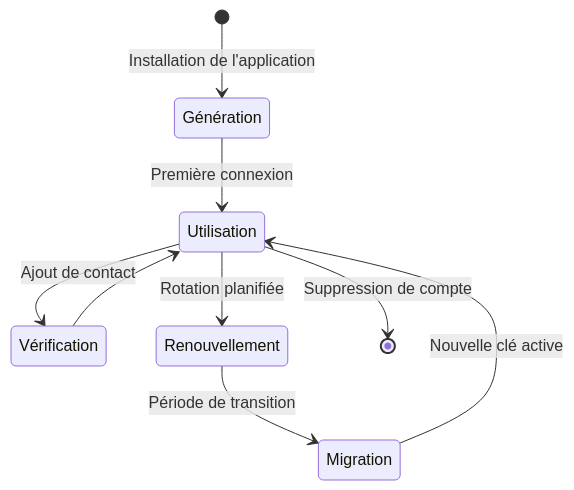
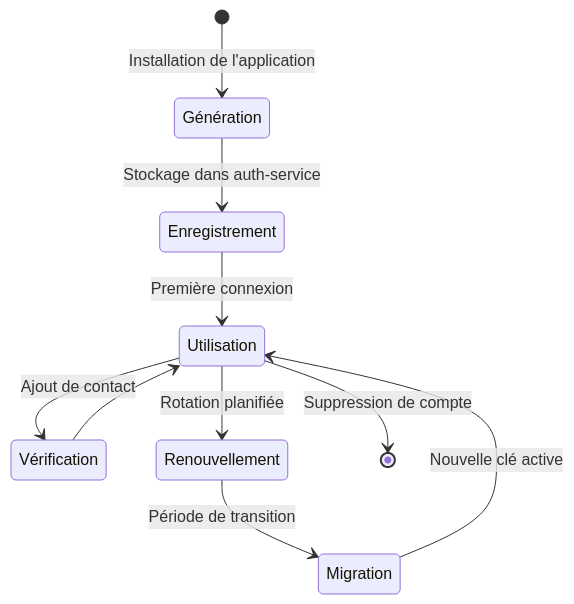
Before and after one commit to whispr-messenger/auth-service: the fifth of 13 diagrams in documentation/2_fonctional_specs/4_encryption_end_to_end.md, drawn with Mermaid. The commit also changed other lines of this file and 4 other files, not shown here.

Commit message:
📝 Update devices data managed by auth service

````diff
--- a/documentation/2_fonctional_specs/4_encryption_end_to_end.md
+++ b/documentation/2_fonctional_specs/4_encryption_end_to_end.md
@@ -265,11 +277,12 @@
 ```mermaid
 stateDiagram-v2
     [*] --> Génération: Installation de l'application
-    Génération --> Utilisation: Première connexion
+    Génération --> Enregistrement: Stockage dans auth-service
+    Enregistrement --> Utilisation: Première connexion
     Utilisation --> Vérification: Ajout de contact
     Vérification --> Utilisation
     Utilisation --> Renouvellement: Rotation planifiée
     Renouvellement --> Migration: Période de transition
     Migration --> Utilisation: Nouvelle clé active
     Utilisation --> [*]: Suppression de compte
 ```
````
